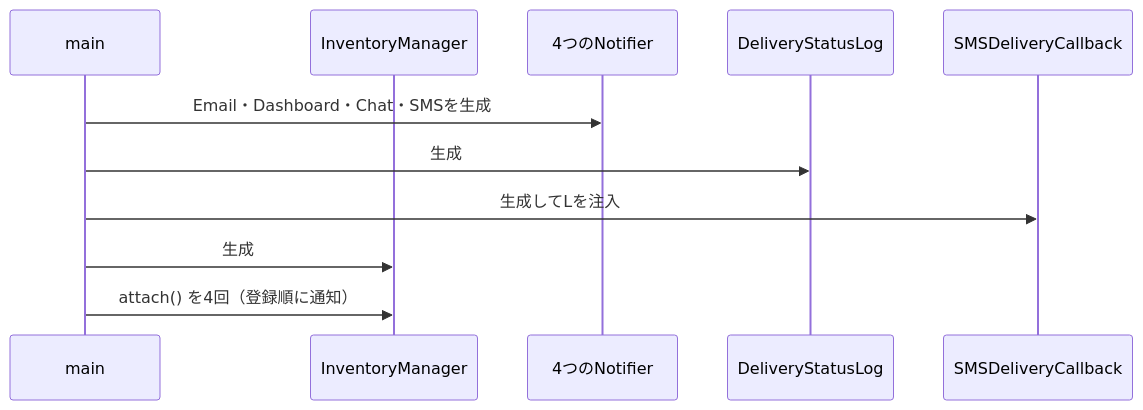
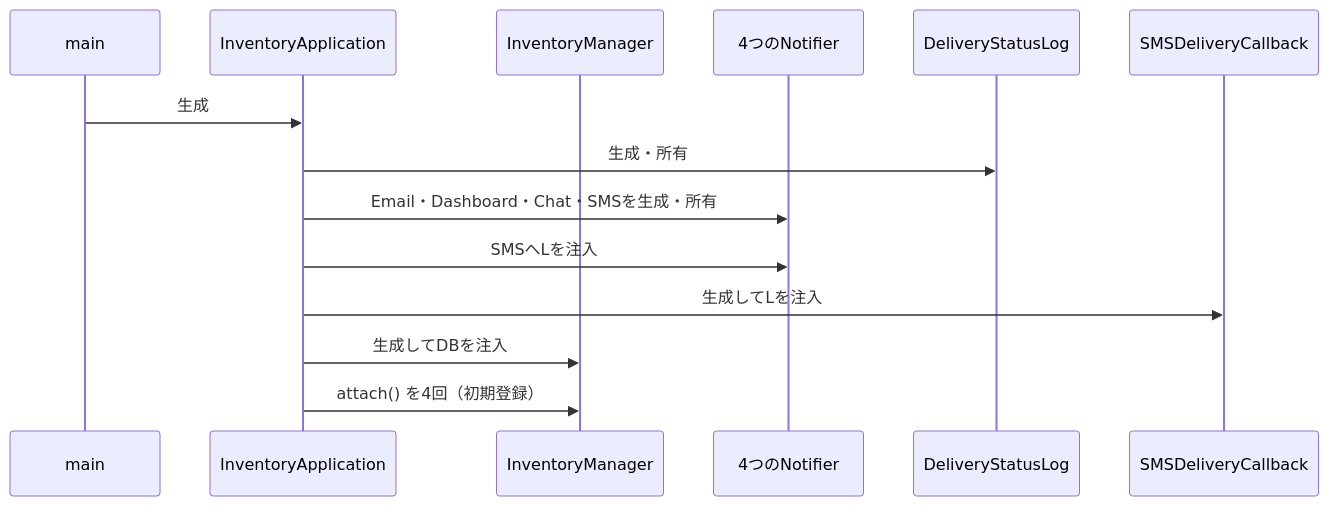
Diagram 13 of 18 in kindle/design-patterns/books/volume01-core-patterns/output/05-chapter03.md (kumachan1101-pixel/DesignPattern), drawn with Mermaid before and after one commit. The commit also changed other lines of this file and 41 other files, not shown here.

````diff
--- a/kindle/design-patterns/books/volume01-core-patterns/output/05-chapter03.md
+++ b/kindle/design-patterns/books/volume01-core-patterns/output/05-chapter03.md
@@ -2358,14 +2547,17 @@
 ```mermaid
 sequenceDiagram
     participant M as main
+    participant A as InventoryApplication
     participant IM as InventoryManager
     participant N as 4つのNotifier
     participant L as DeliveryStatusLog
     participant CB as SMSDeliveryCallback
 
-    M->>N: Email・Dashboard・Chat・SMSを生成
-    M->>L: 生成
-    M->>CB: 生成してLを注入
-    M->>IM: 生成
-    M->>IM: attach() を4回（登録順に通知）
+    M->>A: 生成
+    A->>L: 生成・所有
+    A->>N: Email・Dashboard・Chat・SMSを生成・所有
+    A->>N: SMSへLを注入
+    A->>CB: 生成してLを注入
+    A->>IM: 生成してDBを注入
+    A->>IM: attach() を4回（初期登録）
 ```
````
